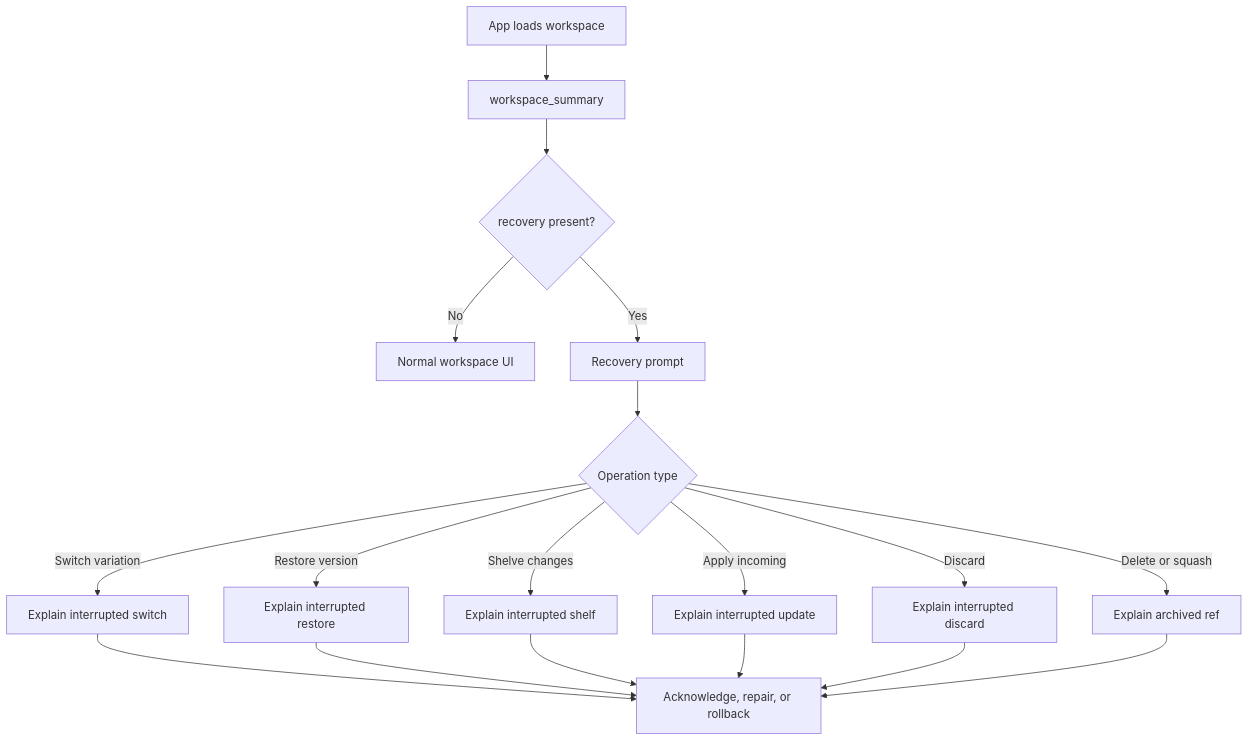
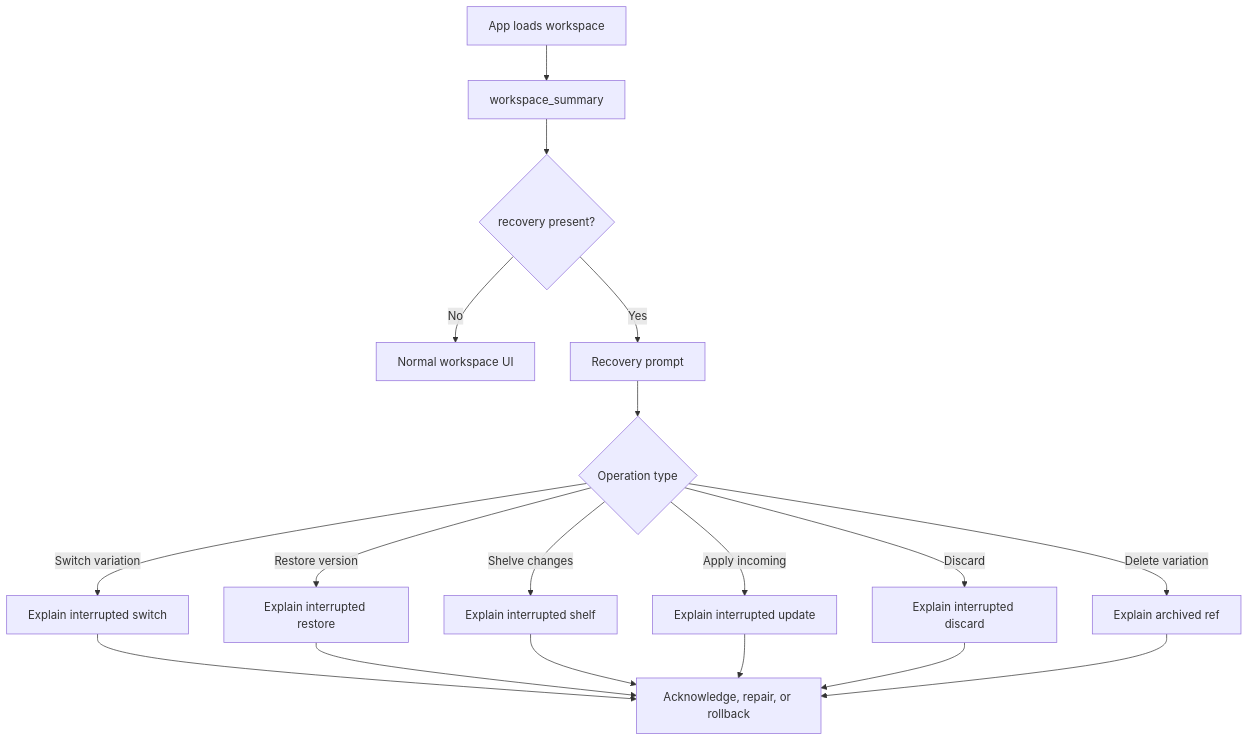
One commit to sethjuarez/draftline changed the ninth of 11 diagrams in docs/scenario-flows/recovery-cleanup.md. Above: the diagram before and after it, drawn with Mermaid. The commit also changed other lines of this file and 44 other files, not shown here.

````diff
--- a/docs/scenario-flows/recovery-cleanup.md
+++ b/docs/scenario-flows/recovery-cleanup.md
@@ -268,20 +199,20 @@
 ```mermaid
 flowchart TD
     A[App loads workspace] --> B[workspace_summary]
     B --> C{recovery present?}
     C -- No --> D[Normal workspace UI]
     C -- Yes --> E[Recovery prompt]
     E --> F{Operation type}
     F -- Switch variation --> G[Explain interrupted switch]
     F -- Restore version --> H[Explain interrupted restore]
     F -- Shelve changes --> I[Explain interrupted shelf]
     F -- Apply incoming --> J[Explain interrupted update]
     F -- Discard --> K[Explain interrupted discard]
-    F -- Delete or squash --> L[Explain archived ref]
+    F -- Delete variation --> L[Explain archived ref]
     G --> M[Acknowledge, repair, or rollback]
     H --> M
     I --> M
     J --> M
     K --> M
     L --> M
 ```
````
